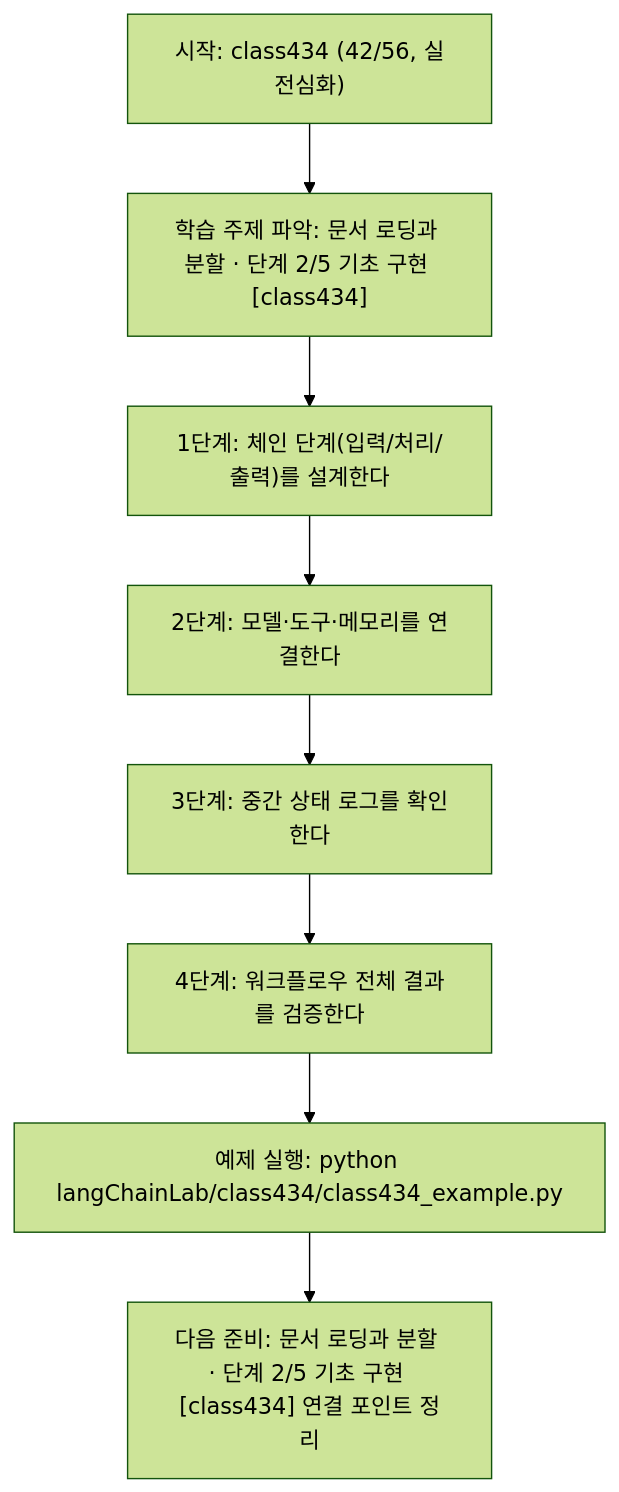
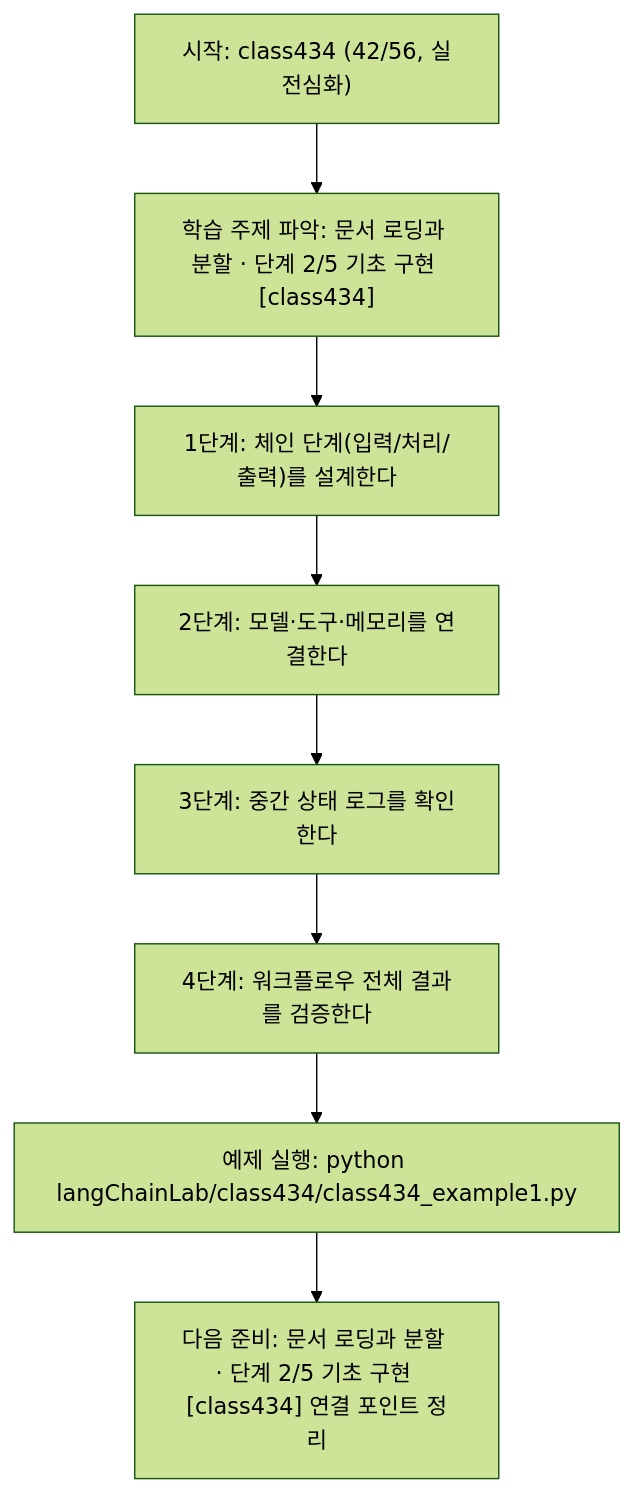
One commit to edumgt/Python-AI_Agent-Class changed the diagram in langChainLab/class434/class434.md. Above: the diagram before and after it, drawn with Mermaid (forest theme). The commit also changed other lines of this file and 2959 other files, not shown here.

````diff
--- a/langChainLab/class434/class434.md
+++ b/langChainLab/class434/class434.md
@@ -110,18 +110,18 @@
 ```mermaid
 flowchart TD
 N1["시작: class434 (42/56, 실전심화)"]
 N2["학습 주제 파악: 문서 로딩과 분할 · 단계 2/5 기초 구현 [class434]"]
 N3["1단계: 체인 단계(입력/처리/출력)를 설계한다"]
 N4["2단계: 모델·도구·메모리를 연결한다"]
 N5["3단계: 중간 상태 로그를 확인한다"]
 N6["4단계: 워크플로우 전체 결과를 검증한다"]
-N7["예제 실행: python langChainLab/class434/class434_example.py"]
+N7["예제 실행: python langChainLab/class434/class434_example1.py"]
 N8["다음 준비: 문서 로딩과 분할 · 단계 2/5 기초 구현 [class434] 연결 포인트 정리"]
 N1 --> N2
 N2 --> N3
 N3 --> N4
 N4 --> N5
 N5 --> N6
 N6 --> N7
 N7 --> N8
 ```
````
